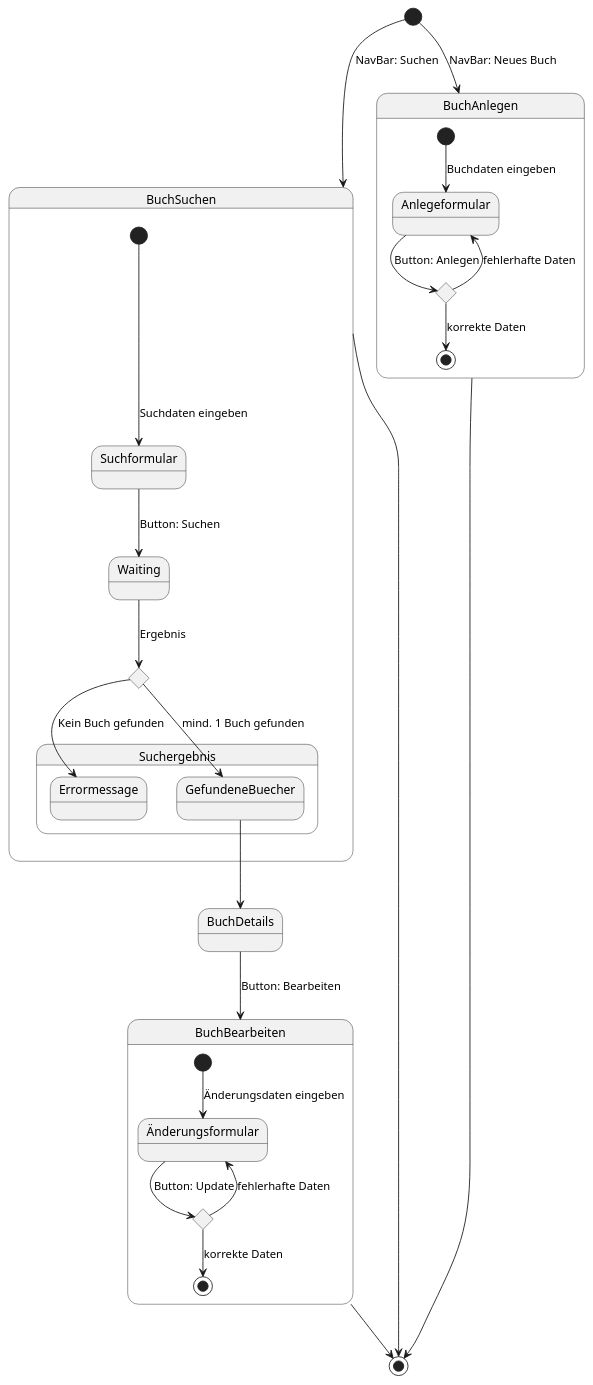
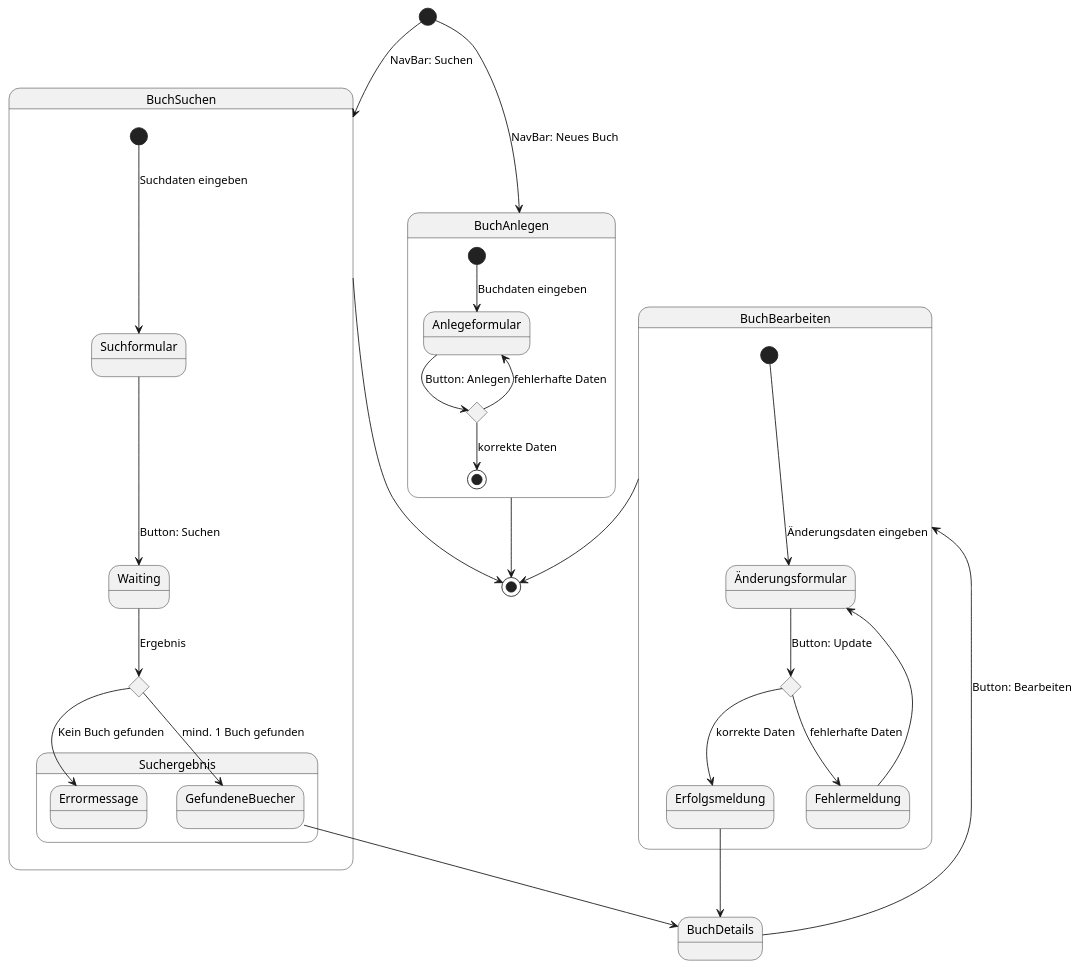
Before and after one commit to HKA-IWI-1/SWE_Abgabe_2: the diagram in .extras/doc/projectManual/Zustandsdiagramm.plantuml, drawn with PlantUML.

Commit message:
minor update on stata diagram "BuchBearbeiten" states

```diff
--- a/.extras/doc/projectManual/Zustandsdiagramm.plantuml
+++ b/.extras/doc/projectManual/Zustandsdiagramm.plantuml
@@ -1,40 +1,42 @@
 @startuml
 [*] --> BuchSuchen : NavBar: Suchen
 [*] --> BuchAnlegen : NavBar: Neues Buch
 
 state  BuchSuchen{
     [*] --> Suchformular : Suchdaten eingeben
     Suchformular --> Waiting : Button: Suchen
     state cSuchen <<choice>>
     Waiting --> cSuchen : Ergebnis
 
     state Suchergebnis {
      cSuchen --> Errormessage : Kein Buch gefunden
      cSuchen --> GefundeneBuecher : mind. 1 Buch gefunden
     }
 }
 
 GefundeneBuecher --> BuchDetails
 
 BuchDetails --> BuchBearbeiten : Button: Bearbeiten
 
 state BuchAnlegen {
     [*] --> Anlegeformular : Buchdaten eingeben
     state cAnlegen <<choice>>
     Anlegeformular --> cAnlegen : Button: Anlegen
     cAnlegen --> Anlegeformular : fehlerhafte Daten
     cAnlegen --> [*] : korrekte Daten
 }
 
 state BuchBearbeiten {
     [*] --> Änderungsformular : Änderungsdaten eingeben
     state cBearbeiten <<choice>>
     Änderungsformular --> cBearbeiten : Button: Update
-    cBearbeiten --> Änderungsformular : fehlerhafte Daten
-    cBearbeiten --> [*] : korrekte Daten
+    cBearbeiten --> Fehlermeldung: fehlerhafte Daten
+    Fehlermeldung --> Änderungsformular
+    cBearbeiten --> Erfolgsmeldung : korrekte Daten
+    Erfolgsmeldung --> BuchDetails
 }
 
 BuchSuchen --> [*]
 BuchAnlegen --> [*]
 BuchBearbeiten --> [*]
 @enduml
```
